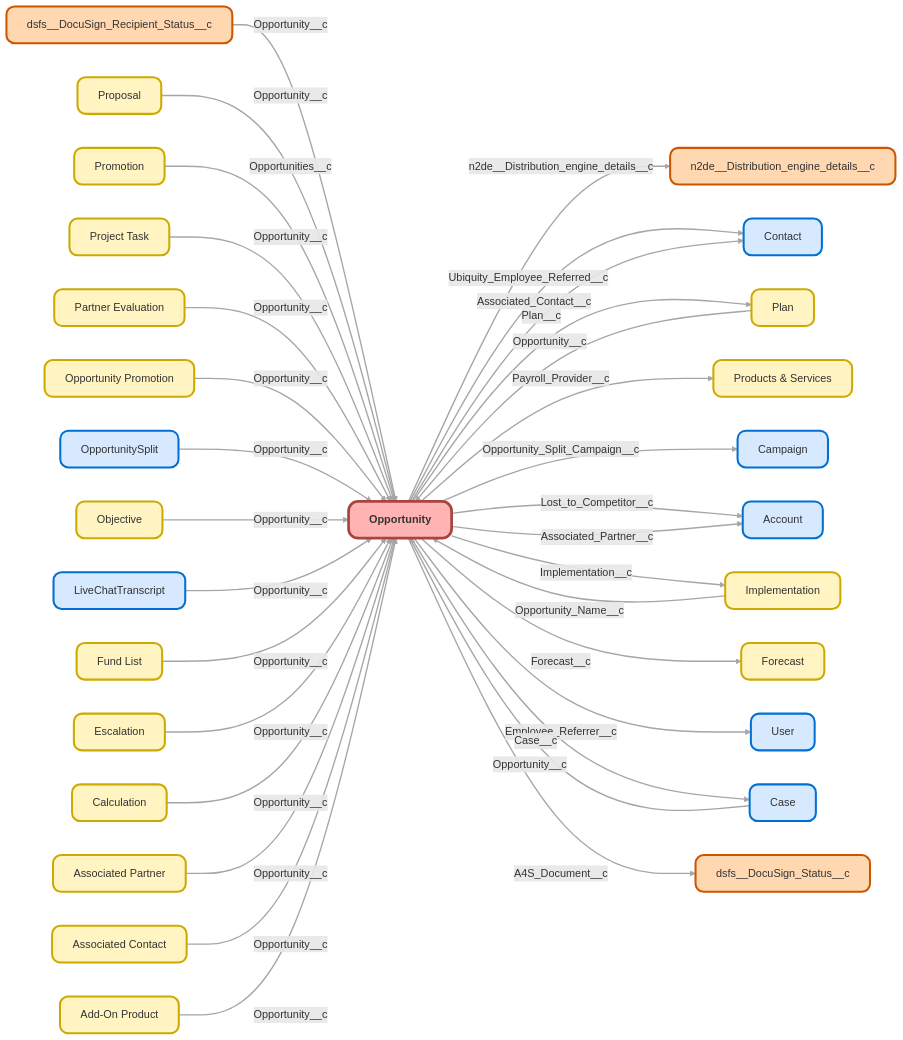
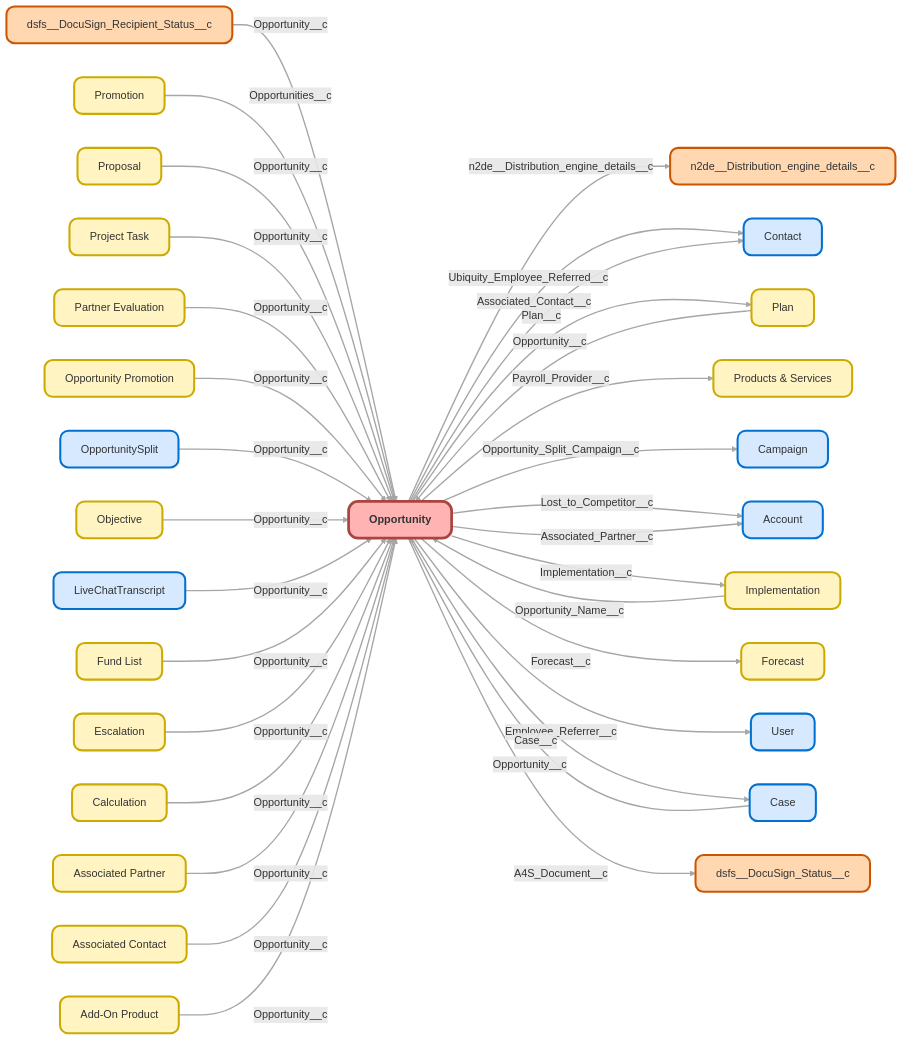
Before and after one commit to moechapa/ubiquity-org-monitoring: the diagram in docs/objects/Opportunity.md, drawn with Mermaid. The commit also changed other lines of this file and 46 other files, not shown here.

````diff
--- a/docs/objects/Opportunity.md
+++ b/docs/objects/Opportunity.md
@@ -12,9 +12,9 @@
 ```mermaid
 graph LR
+dsfs__DocuSign_Status__c["dsfs__DocuSign_Status__c"]:::customObjectManaged
+click dsfs__DocuSign_Status__c "/objects/dsfs__DocuSign_Status__c/"
 dsfs__DocuSign_Recipient_Status__c["dsfs__DocuSign_Recipient_Status__c"]:::customObjectManaged
 click dsfs__DocuSign_Recipient_Status__c "/objects/dsfs__DocuSign_Recipient_Status__c/"
-dsfs__DocuSign_Status__c["dsfs__DocuSign_Status__c"]:::customObjectManaged
-click dsfs__DocuSign_Status__c "/objects/dsfs__DocuSign_Status__c/"
 User["User"]:::object
 click User "/objects/User/"
 Proposal__c["Proposal"]:::customObject
@@ -66,8 +66,8 @@
 n2de__Distribution_engine_details__c["n2de__Distribution_engine_details__c"]:::customObjectManaged
 
 dsfs__DocuSign_Recipient_Status__c -->|Opportunity__c| Opportunity
+Promotions__c -->|Opportunities__c| Opportunity
 Proposal__c -->|Opportunity__c| Opportunity
-Promotions__c -->|Opportunities__c| Opportunity
 Project_Task__c -->|Opportunity__c| Opportunity
 Plan__c -->|Opportunity__c| Opportunity
 Partner_Evaluation__c -->|Opportunity__c| Opportunity
````
